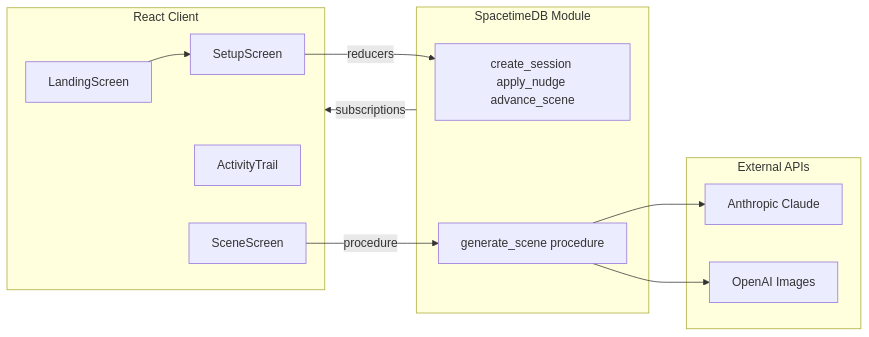
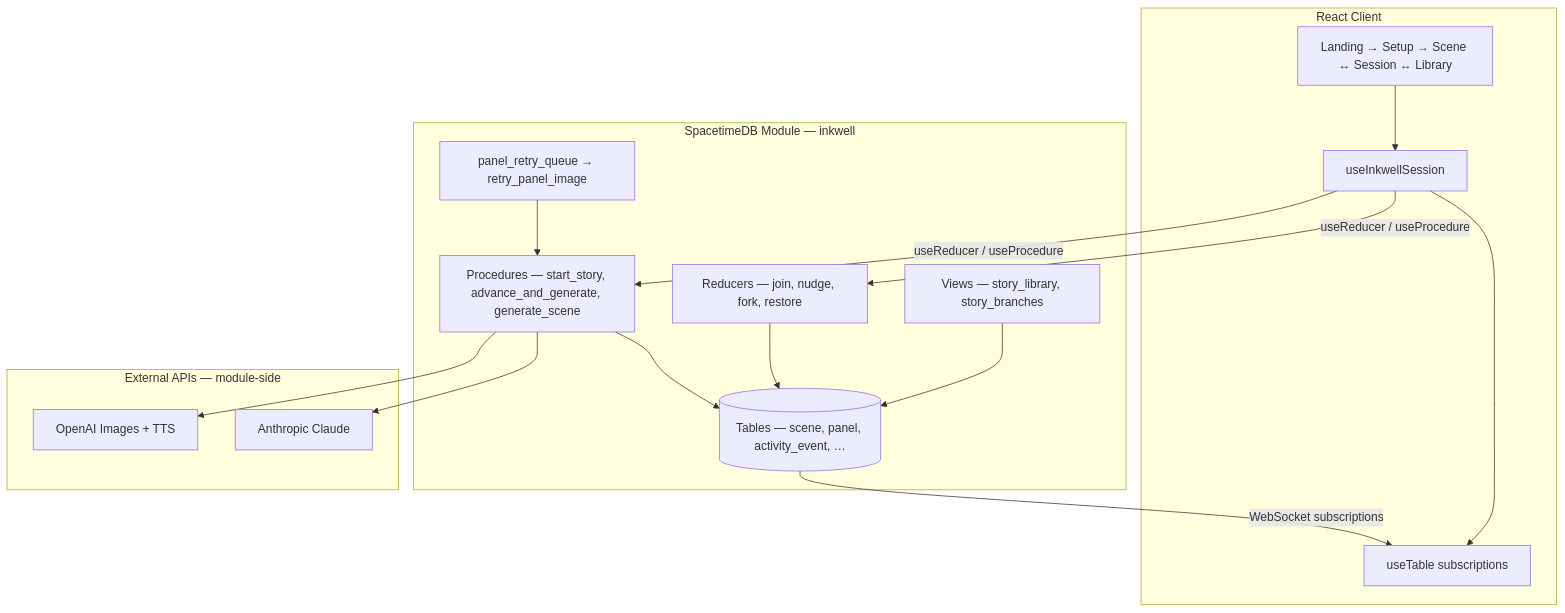
One commit to nayanikar/inkwell changed the diagram in README.md. Above: the diagram before and after it, drawn with Mermaid. The commit also changed other lines of this file and 105 other files, not shown here.

````diff
--- a/README.md
+++ b/README.md
@@ -26,23 +160,32 @@
 ```mermaid
-flowchart LR
-  subgraph client [React Client]
-    Landing[LandingScreen]
-    Setup[SetupScreen]
-    Scene[SceneScreen]
-    Trail[ActivityTrail]
+flowchart TB
+  subgraph browser [React Client]
+    UI[Landing → Setup → Scene ↔ Session ↔ Library]
+    Hooks[useTable subscriptions]
+    Session[useInkwellSession]
+    UI --> Session --> Hooks
   end
-  subgraph stdb [SpacetimeDB Module]
-    Reducers[create_session apply_nudge advance_scene]
-    Proc[generate_scene procedure]
+
+  subgraph stdb [SpacetimeDB Module — inkwell]
+    Reducers[Reducers — join, nudge, fork, restore]
+    Procs[Procedures — start_story, advance_and_generate, generate_scene]
+    Views[Views — story_library, story_branches]
+    Scheduler[panel_retry_queue → retry_panel_image]
+    Tables[(Tables — scene, panel, activity_event, …)]
+    Reducers --> Tables
+    Procs --> Tables
+    Views --> Tables
+    Scheduler --> Procs
   end
-  subgraph external [External APIs]
+
+  subgraph ai [External APIs — module-side]
     Claude[Anthropic Claude]
-    OpenAI[OpenAI Images]
+    OpenAI[OpenAI Images + TTS]
   end
-  Landing --> Setup
-  Setup -->|reducers| Reducers
-  Scene -->|procedure| Proc
-  Proc --> Claude
-  Proc --> OpenAI
-  stdb -->|subscriptions| client
+
+  Session -->|useReducer / useProcedure| Reducers
+  Session -->|useReducer / useProcedure| Procs
+  Tables -->|WebSocket subscriptions| Hooks
+  Procs --> Claude
+  Procs --> OpenAI
 ```
````
